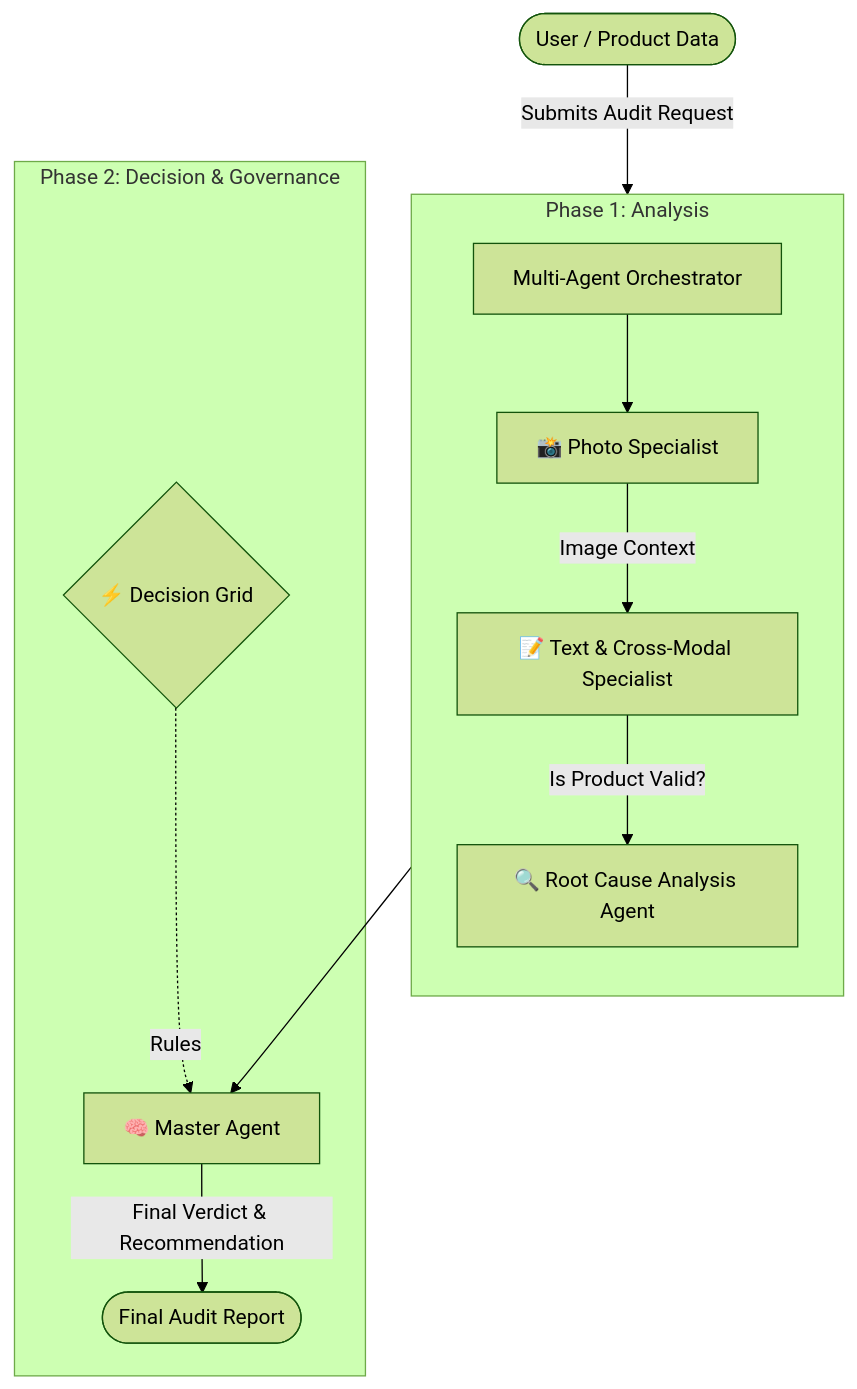
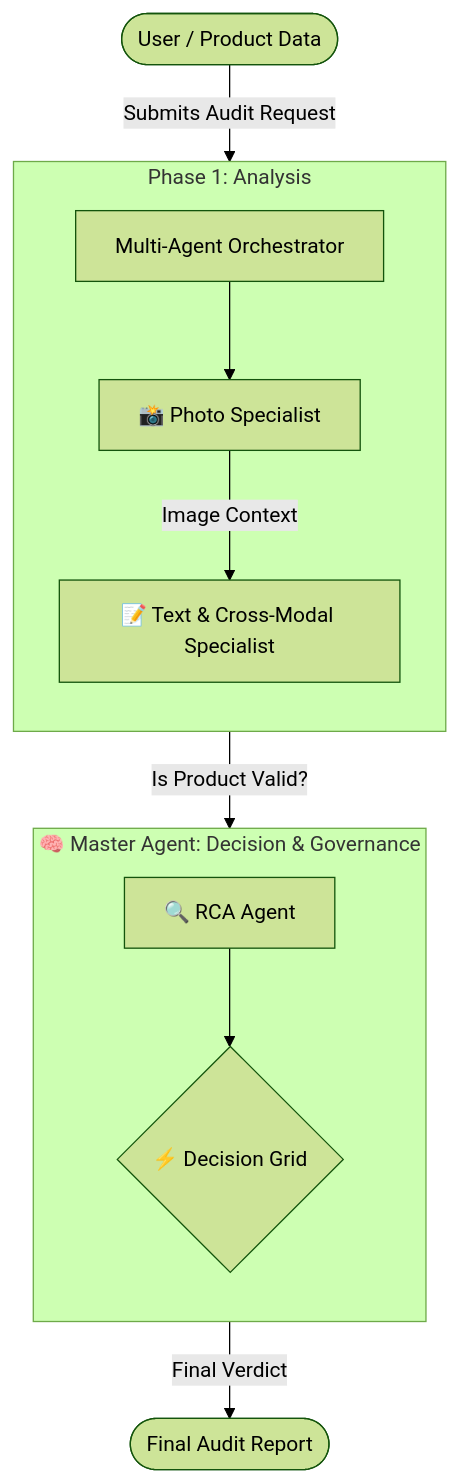
One commit to ayushsoam013/Multi-Agent-Auditor-1.4 changed the diagram in gemini/Agent_Flow_High_Level.md. Above: the diagram before and after it, drawn with Mermaid (forest theme). The commit also changed other lines of this file, not shown here.

Commit message:
docs(workflow): restructure high-level agent flow and consolidate master agent components

````diff
--- a/gemini/Agent_Flow_High_Level.md
+++ b/gemini/Agent_Flow_High_Level.md
@@ -15,18 +15,18 @@
 ```mermaid
 graph TD
     User([User / Product Data]) -->|Submits Audit Request| Orchestrator[Multi-Agent Orchestrator]
 
     subgraph "Phase 1: Analysis"
         direction TB
         Orchestrator --> PhotoAgent[📸 Photo Specialist]
         PhotoAgent -->|Image Context| TextualAgent[📝 Text & Cross-Modal Specialist]
-        TextualAgent -->|Is Product Valid?| RCA[🔍 Root Cause Analysis Agent]
     end
 
-    subgraph "Phase 2: Decision & Governance"
-        RCA --> MasterAgent[🧠 Master Agent]
-        
-        DecisionGrid{⚡ Decision Grid} -.->|Rules| MasterAgent
-        MasterAgent -->|Final Verdict & Recommendation| Output([Final Audit Report])
+    subgraph MasterAgent [🧠 Master Agent: Decision & Governance]
+        direction TB
+        RCA[🔍 RCA Agent] --> Grid{⚡ Decision Grid}
     end
+
+    TextualAgent -->|Is Product Valid?| MasterAgent
+    MasterAgent -->|Final Verdict| Output([Final Audit Report])
 ```
````
